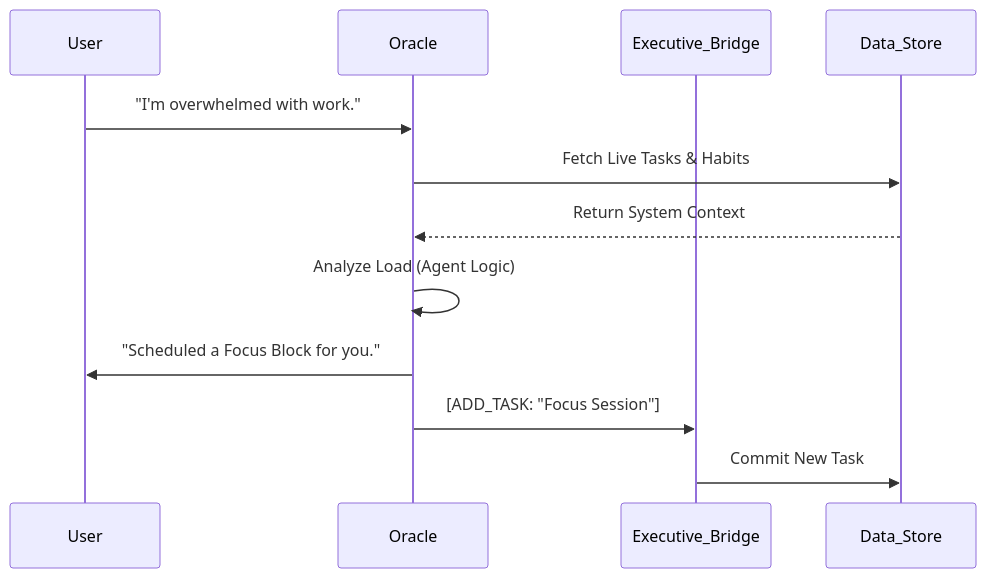
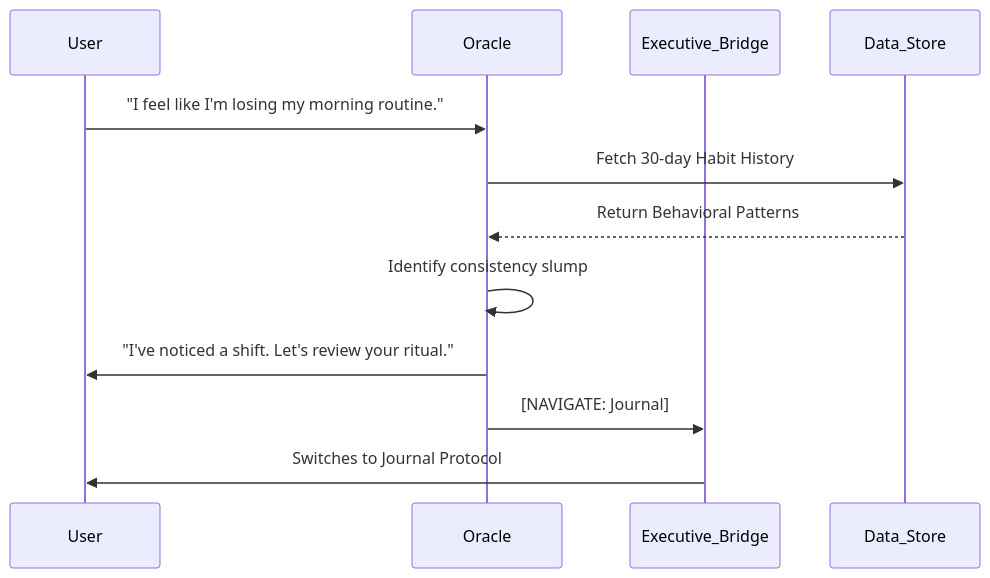
The diagram in README.md (patil-shubham-dev/FlowOS), drawn with Mermaid before and after one commit. The commit also changed other lines of this file and 24 other files, not shown here.

````diff
--- a/README.md
+++ b/README.md
@@ -55,15 +55,15 @@
 ```mermaid
 sequenceDiagram
     participant User
     participant Oracle
     participant Executive_Bridge
     participant Data_Store
 
-    User->>Oracle: "I'm overwhelmed with work."
-    Oracle->>Data_Store: Fetch Live Tasks & Habits
-    Data_Store-->>Oracle: Return System Context
-    Oracle->>Oracle: Analyze Load (Agent Logic)
-    Oracle->>User: "Scheduled a Focus Block for you."
-    Oracle->>Executive_Bridge: [ADD_TASK: "Focus Session"]
-    Executive_Bridge->>Data_Store: Commit New Task
+    User->>Oracle: "I feel like I'm losing my morning routine."
+    Oracle->>Data_Store: Fetch 30-day Habit History
+    Data_Store-->>Oracle: Return Behavioral Patterns
+    Oracle->>Oracle: Identify consistency slump
+    Oracle->>User: "I've noticed a shift. Let's review your ritual."
+    Oracle->>Executive_Bridge: [NAVIGATE: Journal]
+    Executive_Bridge->>User: Switches to Journal Protocol
 ```
````
